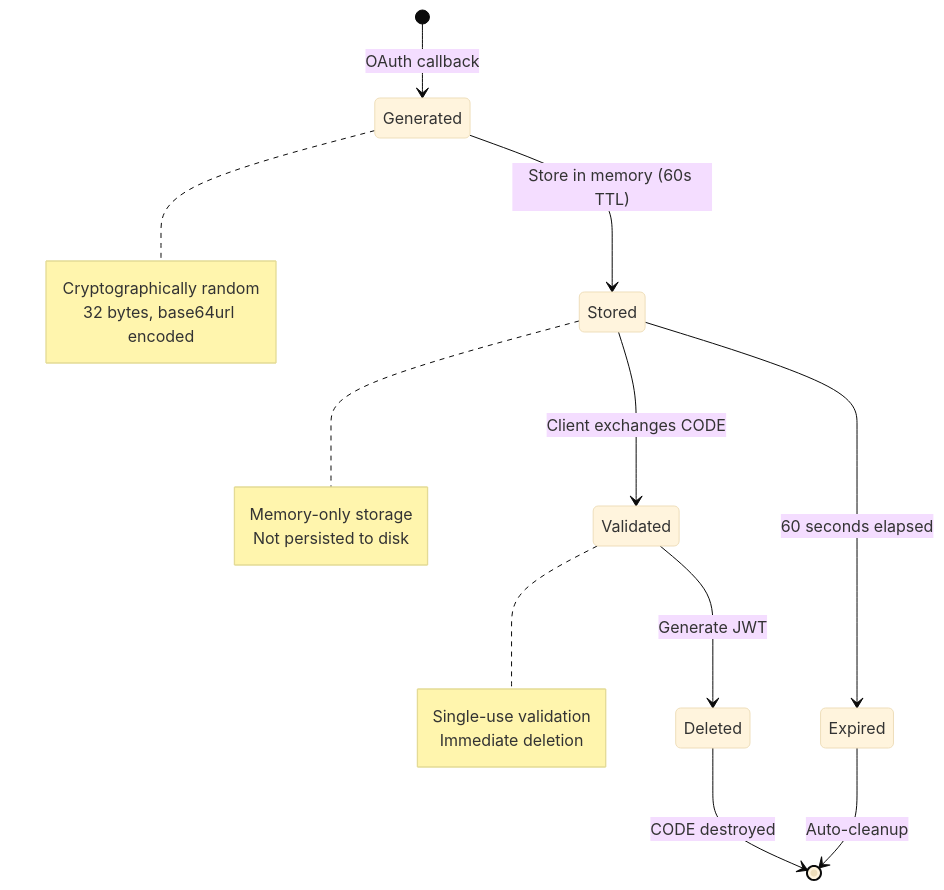
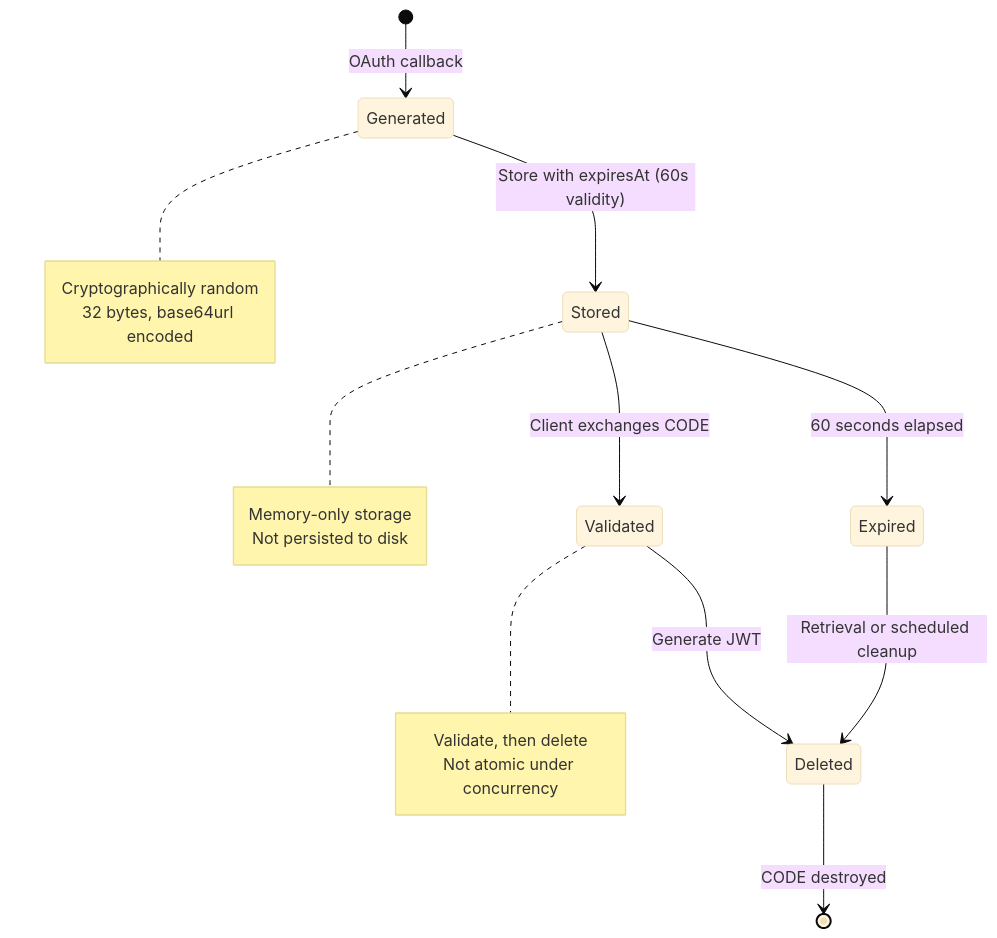
One commit to peterbud/nuxt-aegis changed the second of 5 diagrams in docs/architecture/token-lifecycle.md. Above: the diagram before and after it, drawn with Mermaid (base theme). The commit also changed other lines of this file and 4 other files, not shown here.

Commit message:
docs: refactor and review all architecture docs

````diff
--- a/docs/architecture/token-lifecycle.md
+++ b/docs/architecture/token-lifecycle.md
@@ -39,26 +41,26 @@
 ```mermaid
 stateDiagram-v2
     [*] --> Generated: OAuth callback
-    Generated --> Stored: Store in memory (60s TTL)
+    Generated --> Stored: Store with expiresAt (60s validity)
     Stored --> Validated: Client exchanges CODE
     Validated --> Deleted: Generate JWT
     Deleted --> [*]: CODE destroyed
     
     Stored --> Expired: 60 seconds elapsed
-    Expired --> [*]: Auto-cleanup
+    Expired --> Deleted: Retrieval or scheduled cleanup
     
     note right of Generated
         Cryptographically random
         32 bytes, base64url encoded
     end note
     
     note right of Stored
         Memory-only storage
         Not persisted to disk
     end note
     
     note right of Validated
-        Single-use validation
-        Immediate deletion
+      Validate, then delete
+      Not atomic under concurrency
     end note
 ```
````
